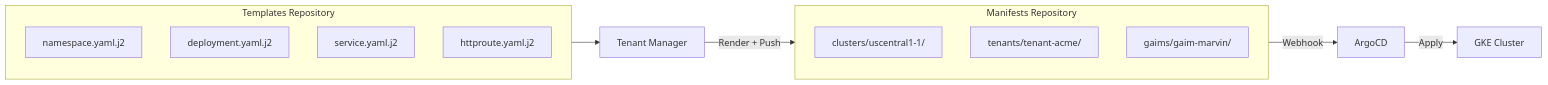
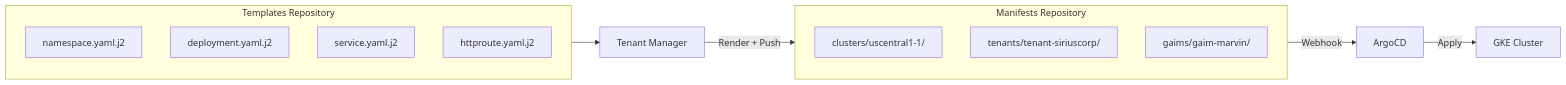
Before and after one commit to Living-Content/living-content-architecture: the third of 4 diagrams in infrastructure-layer.md, drawn with Mermaid. The commit also changed other lines of this file and 7 other files, not shown here.

````diff
--- a/infrastructure-layer.md
+++ b/infrastructure-layer.md
@@ -146,22 +151,22 @@
 ```mermaid
 flowchart LR
     subgraph templates["Templates Repository"]
         T1["namespace.yaml.j2"]
         T2["deployment.yaml.j2"]
         T3["service.yaml.j2"]
         T4["httproute.yaml.j2"]
     end
 
     subgraph manifests["Manifests Repository"]
         M1["clusters/uscentral1-1/"]
-        M2["tenants/tenant-acme/"]
+        M2["tenants/tenant-siriuscorp/"]
         M3["gaims/gaim-marvin/"]
     end
 
     TM[Tenant Manager]
 
     templates --> TM
     TM -->|"Render + Push"| manifests
     manifests -->|"Webhook"| ARGO[ArgoCD]
     ARGO -->|"Apply"| GKE[GKE Cluster]
 ```
````
